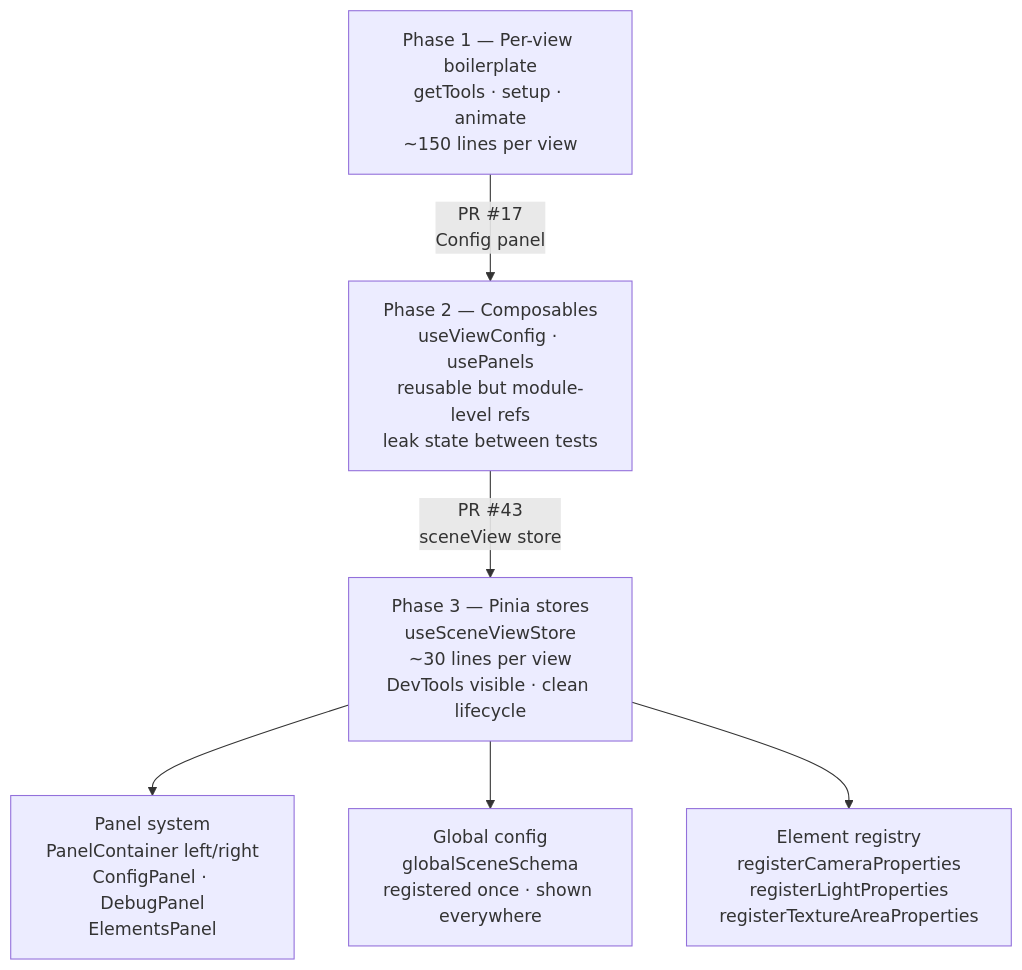
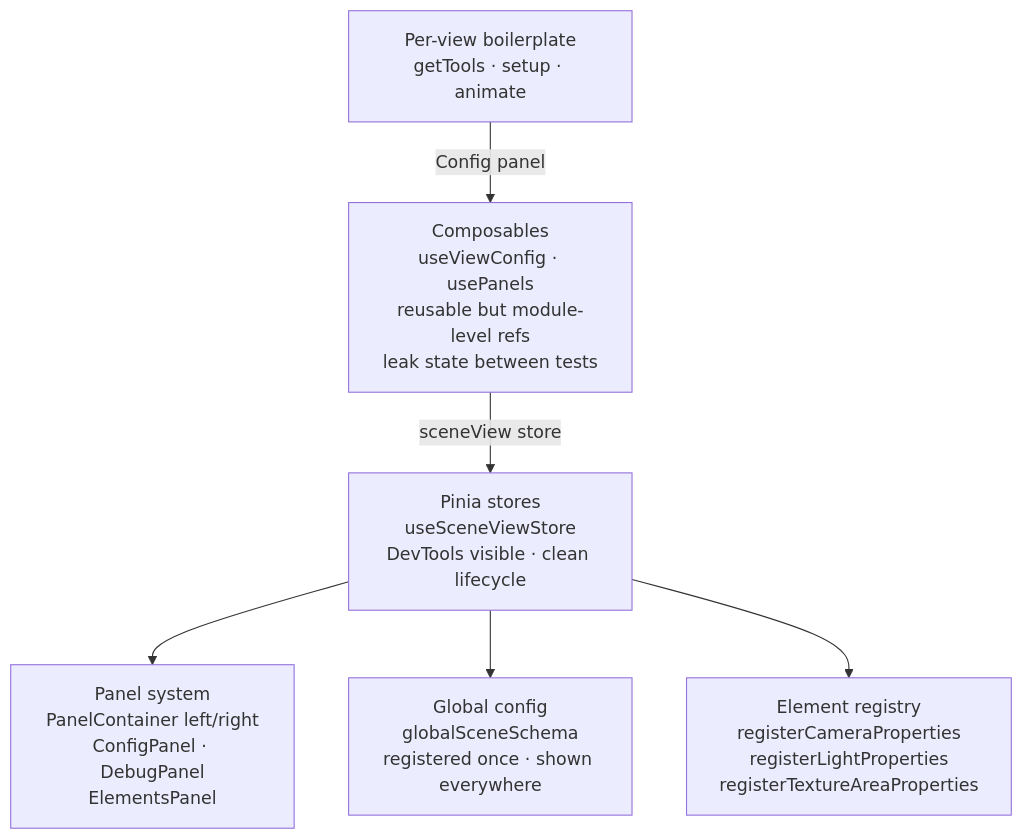
Before and after one commit to cnotv/generative-art: the second of 4 diagrams in documentation/docs/journey/overview.md, drawn with Mermaid. The commit also changed other lines of this file, not shown here.

Commit message:
docs: remove line counts, PR references, and phase labels from journey doc

````diff
--- a/documentation/docs/journey/overview.md
+++ b/documentation/docs/journey/overview.md
@@ -61,12 +61,12 @@
 ```mermaid
 flowchart TD
-  A["Phase 1 — Per-view boilerplate\ngetTools · setup · animate\n~150 lines per view"] -->|"PR #17\nConfig panel"| B
+  A["Per-view boilerplate\ngetTools · setup · animate"] -->|"Config panel"| B
 
-  B["Phase 2 — Composables\nuseViewConfig · usePanels\nreusable but module-level refs\nleak state between tests"] -->|"PR #43\nsceneView store"| C
+  B["Composables\nuseViewConfig · usePanels\nreusable but module-level refs\nleak state between tests"] -->|"sceneView store"| C
 
-  C["Phase 3 — Pinia stores\nuseSceneViewStore\n~30 lines per view\nDevTools visible · clean lifecycle"]
+  C["Pinia stores\nuseSceneViewStore\nDevTools visible · clean lifecycle"]
 
   C --> D["Panel system\nPanelContainer left/right\nConfigPanel · DebugPanel\nElementsPanel"]
   C --> E["Global config\nglobalSceneSchema\nregistered once · shown everywhere"]
   C --> F["Element registry\nregisterCameraProperties\nregisterLightProperties\nregisterTextureAreaProperties"]
 ```
````
